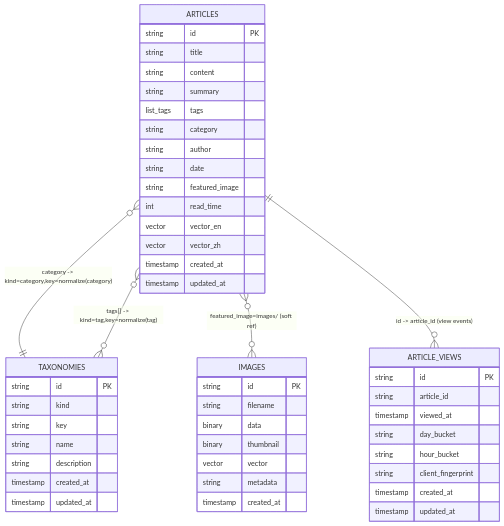
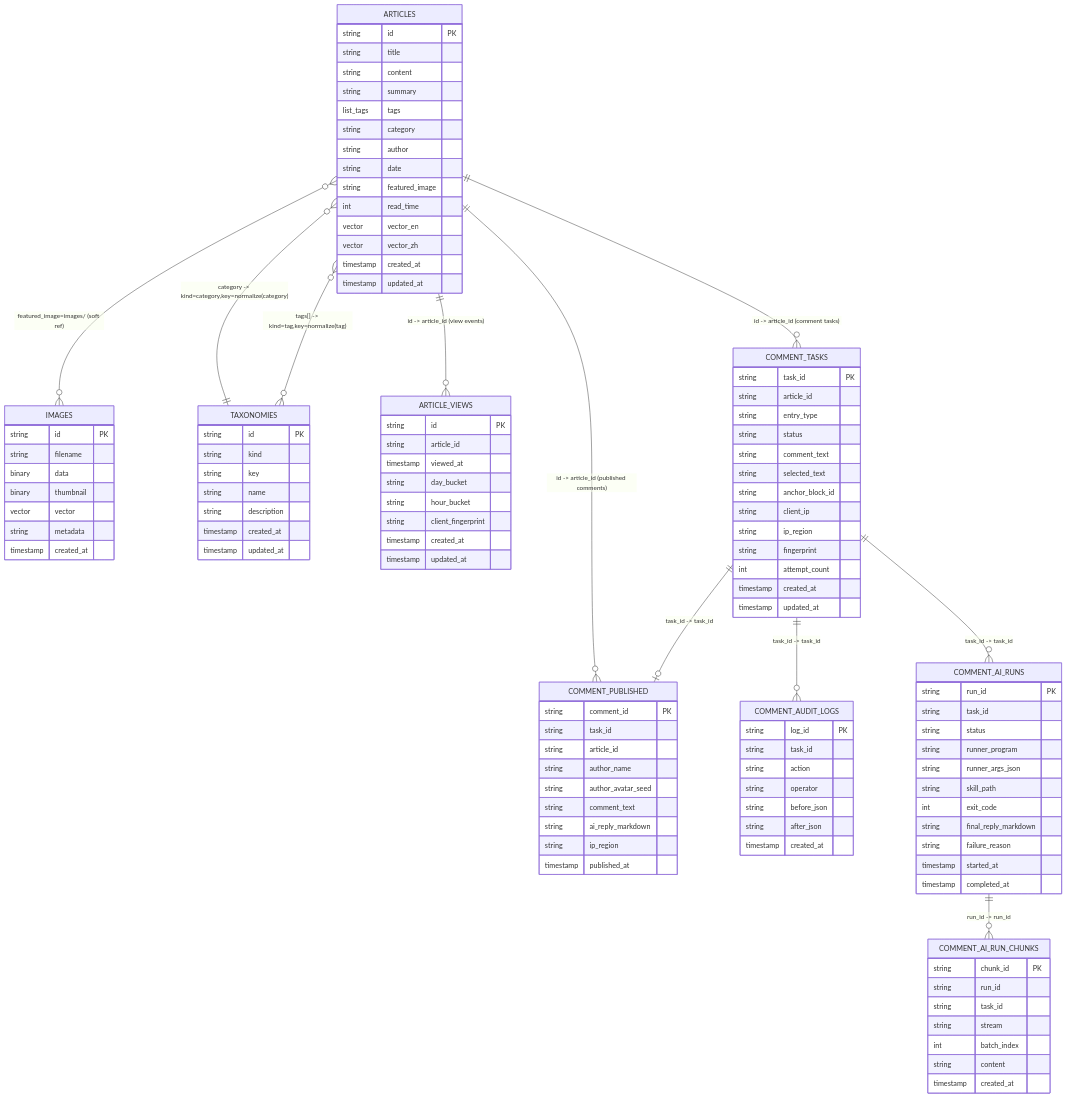
One commit to acking-you/static_flow changed the first of 2 diagrams in docs/cli-user-guide.zh.md. Above: the diagram before and after it, drawn with Mermaid. The commit also changed other lines of this file and 26 other files, not shown here.

Commit message:
Add Comment Review AI Responder skill for generating markdown replies to article comments

````diff
--- a/docs/cli-user-guide.zh.md
+++ b/docs/cli-user-guide.zh.md
@@ -119,8 +132,76 @@
       timestamp updated_at
     }
 
+    COMMENT_TASKS {
+      string task_id PK
+      string article_id
+      string entry_type
+      string status
+      string comment_text
+      string selected_text
+      string anchor_block_id
+      string client_ip
+      string ip_region
+      string fingerprint
+      int attempt_count
+      timestamp created_at
+      timestamp updated_at
+    }
+
+    COMMENT_PUBLISHED {
+      string comment_id PK
+      string task_id
+      string article_id
+      string author_name
+      string author_avatar_seed
+      string comment_text
+      string ai_reply_markdown
+      string ip_region
+      timestamp published_at
+    }
+
+    COMMENT_AUDIT_LOGS {
+      string log_id PK
+      string task_id
+      string action
+      string operator
+      string before_json
+      string after_json
+      timestamp created_at
+    }
+
+    COMMENT_AI_RUNS {
+      string run_id PK
+      string task_id
+      string status
+      string runner_program
+      string runner_args_json
+      string skill_path
+      int exit_code
+      string final_reply_markdown
+      string failure_reason
+      timestamp started_at
+      timestamp completed_at
+    }
+
+    COMMENT_AI_RUN_CHUNKS {
+      string chunk_id PK
+      string run_id
+      string task_id
+      string stream
+      int batch_index
+      string content
+      timestamp created_at
+    }
+
     ARTICLES }o--|| TAXONOMIES : "category -> kind=category,key=normalize(category)"
     ARTICLES }o--o{ TAXONOMIES : "tags[] -> kind=tag,key=normalize(tag)"
     ARTICLES }o--o{ IMAGES : "featured_image=images/<image_id> (soft ref)"
     ARTICLES ||--o{ ARTICLE_VIEWS : "id -> article_id (view events)"
+    ARTICLES ||--o{ COMMENT_TASKS : "id -> article_id (comment tasks)"
+    ARTICLES ||--o{ COMMENT_PUBLISHED : "id -> article_id (published comments)"
+    COMMENT_TASKS ||--o| COMMENT_PUBLISHED : "task_id -> task_id"
+    COMMENT_TASKS ||--o{ COMMENT_AUDIT_LOGS : "task_id -> task_id"
+    COMMENT_TASKS ||--o{ COMMENT_AI_RUNS : "task_id -> task_id"
+    COMMENT_AI_RUNS ||--o{ COMMENT_AI_RUN_CHUNKS : "run_id -> run_id"
 ```
````
